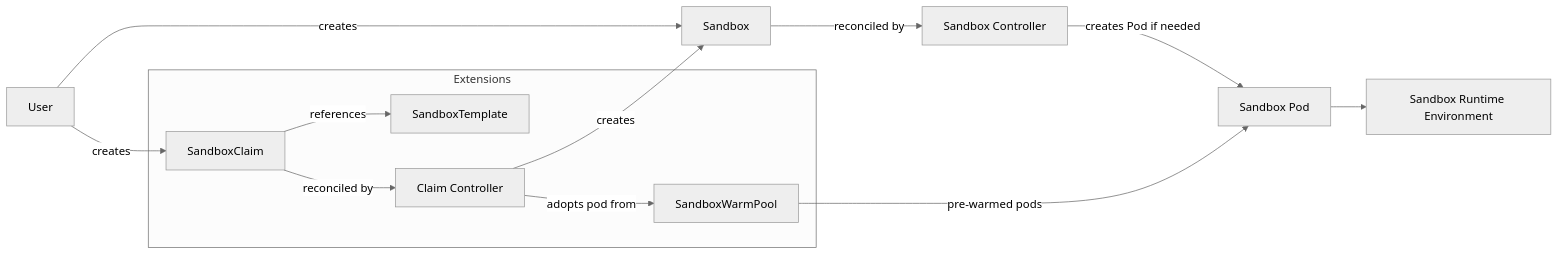
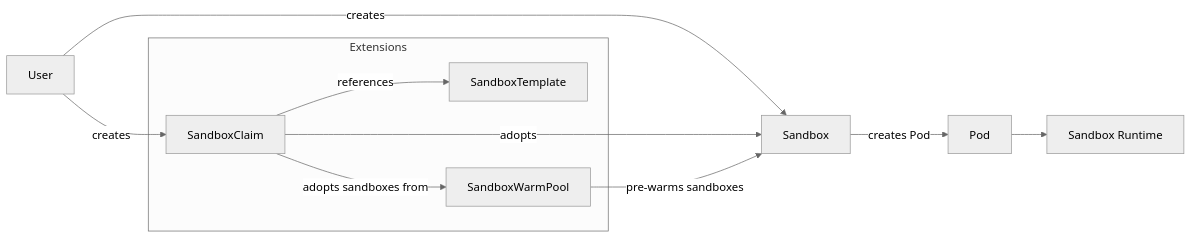
Before and after one commit to volatilemolotov/agent-sandbox: the diagram in README.md, drawn with Mermaid (neutral theme). The commit also changed other lines of this file, not shown here.

Commit message:
Update diagram for new Warmpool -> Sandbox mapping (#671)
* Update diagram for new Warmpool->Sandbox mapping

* update

* simplify

* update

* update

````diff
--- a/README.md
+++ b/README.md
@@ -46,44 +46,38 @@
 ```mermaid
 flowchart LR
 
     User[User]
 
     Claim[SandboxClaim]
     Template[SandboxTemplate]
     Sandbox[Sandbox]
 
-    ClaimController[Claim Controller]
-    Controller[Sandbox Controller]
-
-    Pod[Sandbox Pod]
-    Runtime[Sandbox Runtime Environment]
+    Pod[Pod]
+    Runtime[Sandbox Runtime]
 
     WarmPool[SandboxWarmPool]
 
     subgraph Extensions[Extensions]
       Claim
       Template
-      ClaimController
       WarmPool
     end
 
     %% User paths
     User -->|creates| Sandbox
     User -->|creates| Claim
 
     %% Claim workflow
     Claim -->|references| Template
-    Claim -->|reconciled by| ClaimController
-    ClaimController -->|creates| Sandbox
+    Claim -->|adopts| Sandbox
 
     %% Pod handling
-    ClaimController -->|adopts pod from| WarmPool
-    Sandbox -->|reconciled by| Controller
-    Controller -->|creates Pod if needed| Pod
+    Claim -->|adopts sandboxes from| WarmPool
+    Sandbox -->|creates Pod| Pod
 
     %% Runtime
     Pod --> Runtime
 
     %% Warm pool
-    WarmPool -->|pre-warmed pods| Pod
+    WarmPool -->|pre-warms sandboxes| Sandbox
 ```
````
